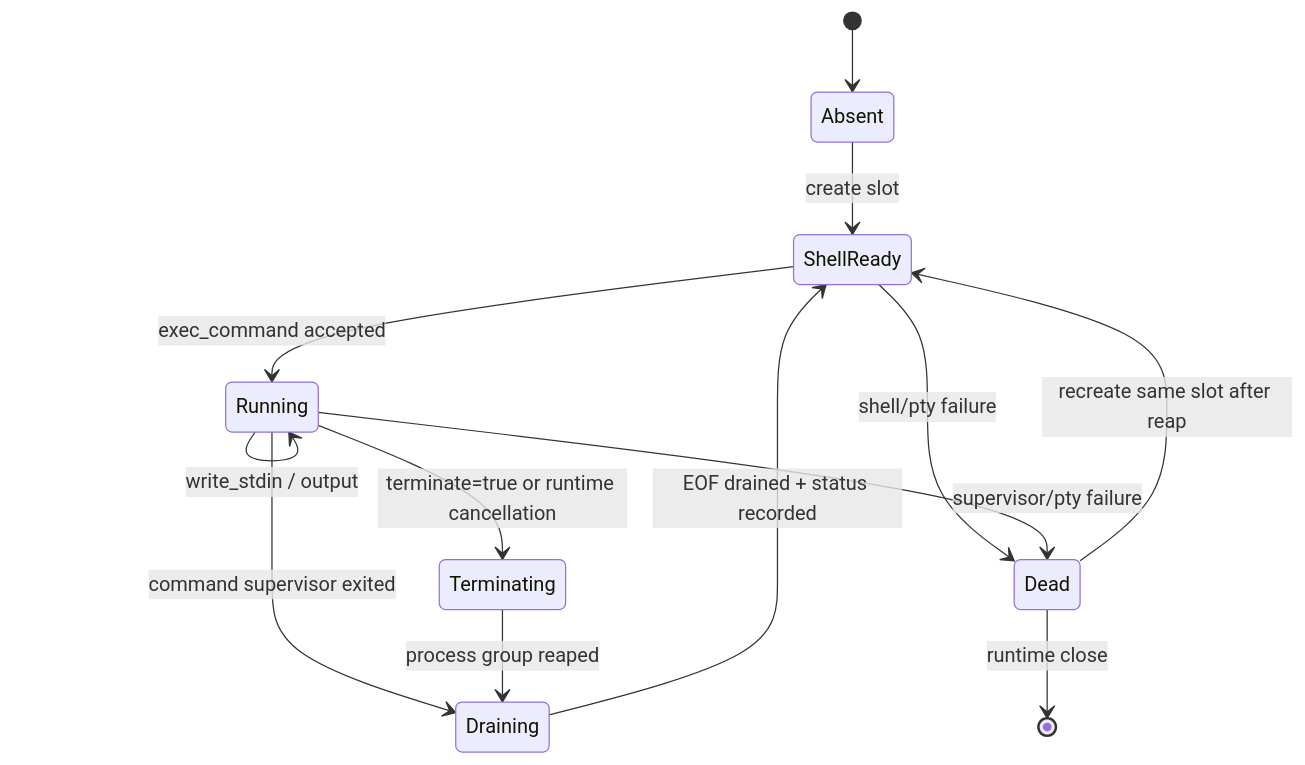
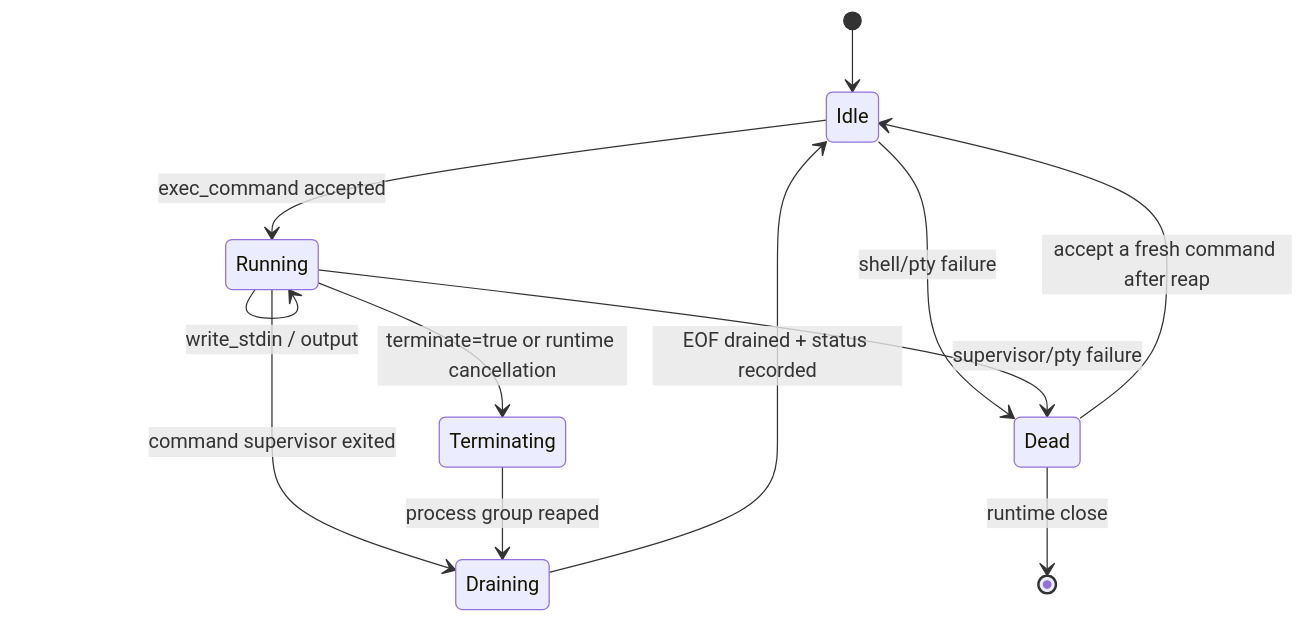
Before and after one commit to sa6mwa/cai: the second of 2 diagrams in docs/agent-smith-spec.md, drawn with Mermaid. The commit also changed other lines of this file and 3 other files, not shown here.

````diff
--- a/docs/agent-smith-spec.md
+++ b/docs/agent-smith-spec.md
@@ -484,15 +494,14 @@
 ```mermaid
 stateDiagram-v2
-  [*] --> Absent
-  Absent --> ShellReady: create slot
-  ShellReady --> Running: exec_command accepted
+  [*] --> Idle
+  Idle --> Running: exec_command accepted
   Running --> Running: write_stdin / output
   Running --> Draining: command supervisor exited
-  Draining --> ShellReady: EOF drained + status recorded
+  Draining --> Idle: EOF drained + status recorded
   Running --> Terminating: terminate=true or runtime cancellation
   Terminating --> Draining: process group reaped
-  ShellReady --> Dead: shell/pty failure
+  Idle --> Dead: shell/pty failure
   Running --> Dead: supervisor/pty failure
-  Dead --> ShellReady: recreate same slot after reap
+  Dead --> Idle: accept a fresh command after reap
   Dead --> [*]: runtime close
 ```
````
